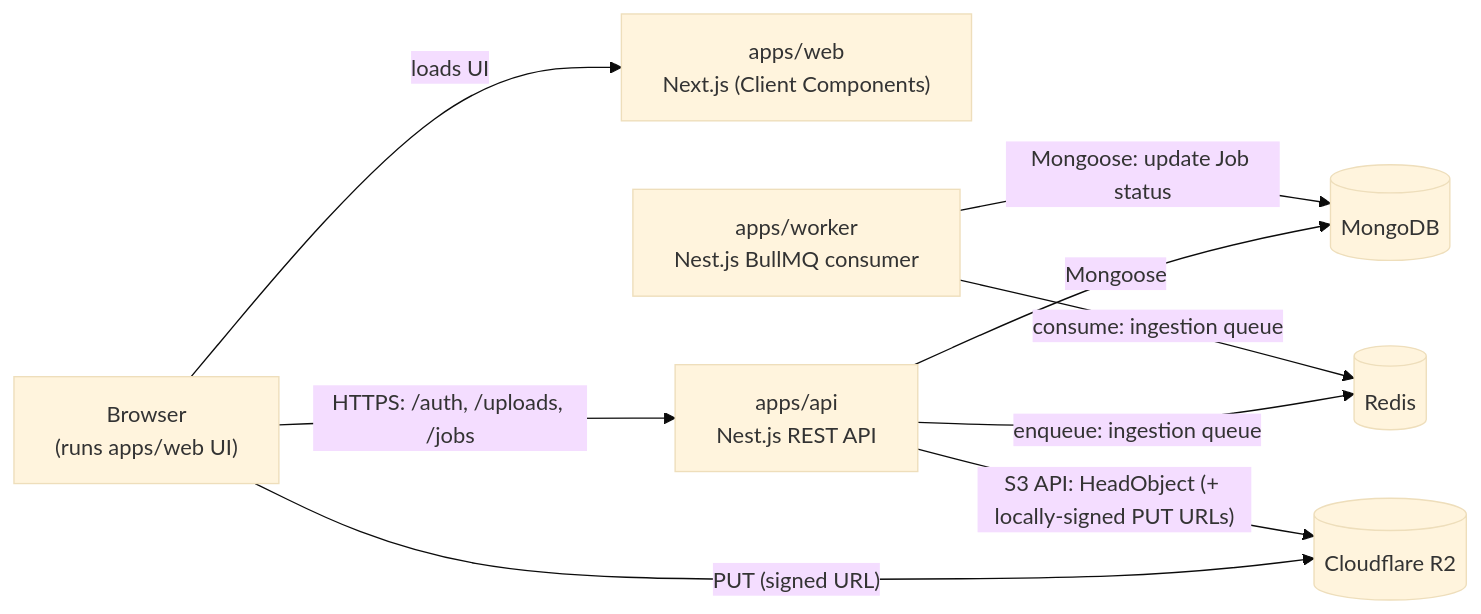
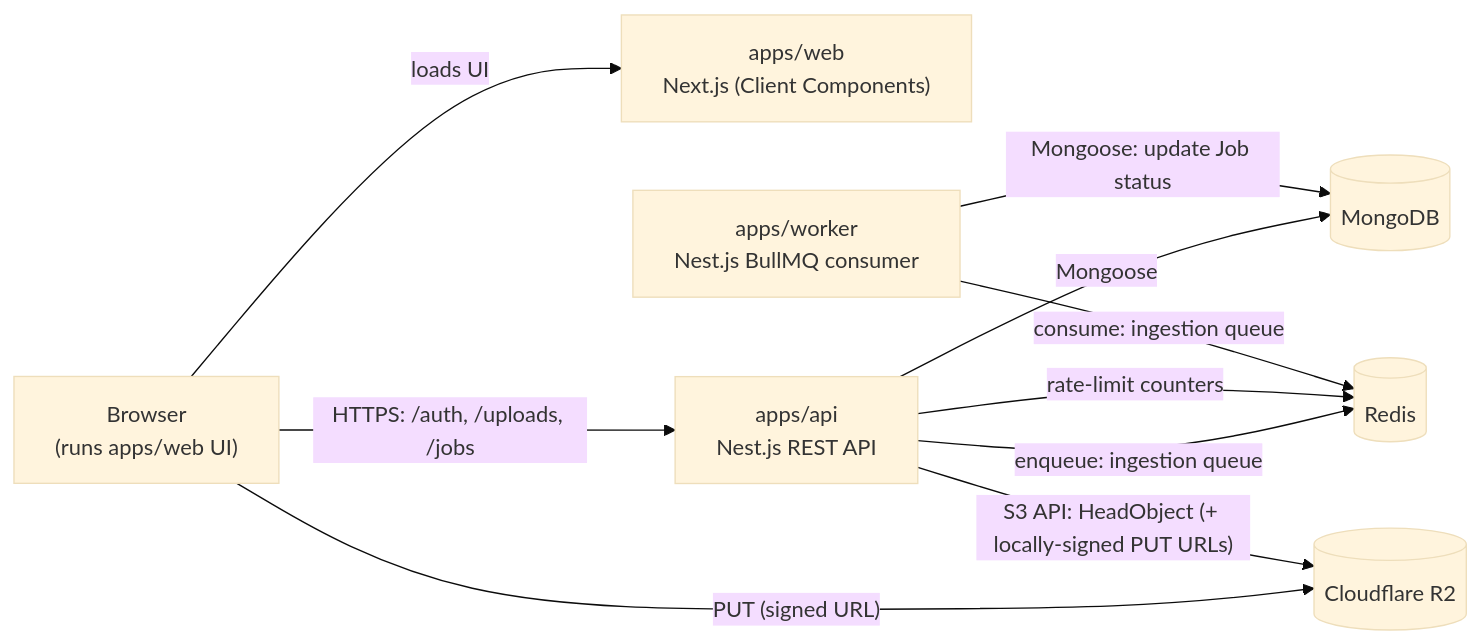
The diagram in docs/architecture.mmd (bjamesy/nest-test), drawn with Mermaid (base theme) before and after one commit. The commit also changed 9 other files, not shown here.

First line of the commit message:
Add Redis-backed rate limiting via @nestjs/throttler

```diff
--- a/docs/architecture.mmd
+++ b/docs/architecture.mmd
@@ -1,23 +1,23 @@
 flowchart LR
     Browser["Browser<br/>(runs apps/web UI)"]
     Web["apps/web<br/>Next.js (Client Components)"]
     API["apps/api<br/>Nest.js REST API"]
     Worker["apps/worker<br/>Nest.js BullMQ consumer"]
     Mongo[("MongoDB")]
     R2[("Cloudflare R2")]
     Redis[("Redis")]
 
     Browser -->|"loads UI"| Web
     Browser -->|"HTTPS: /auth, /uploads, /jobs"| API
     Browser -->|"PUT (signed URL)"| R2
     API -->|"Mongoose"| Mongo
     API -->|"S3 API: HeadObject (+ locally-signed PUT URLs)"| R2
     API -->|"enqueue: ingestion queue"| Redis
+    API -->|"rate-limit counters"| Redis
     Worker -->|"consume: ingestion queue"| Redis
     Worker -->|"Mongoose: update Job status"| Mongo
 
     %% Not yet built (see PIPELINE_DESIGN.md) — add to this diagram once each
     %% is actually scaffolded, per the architecture-diagram skill:
     %%   - apps/worker reading the actual upload from R2 to do real ingestion
     %%     work (currently a no-op placeholder — see IngestionProcessor)
-    %%   - Redis also backing rate limiting on apps/api (not wired yet)
```
